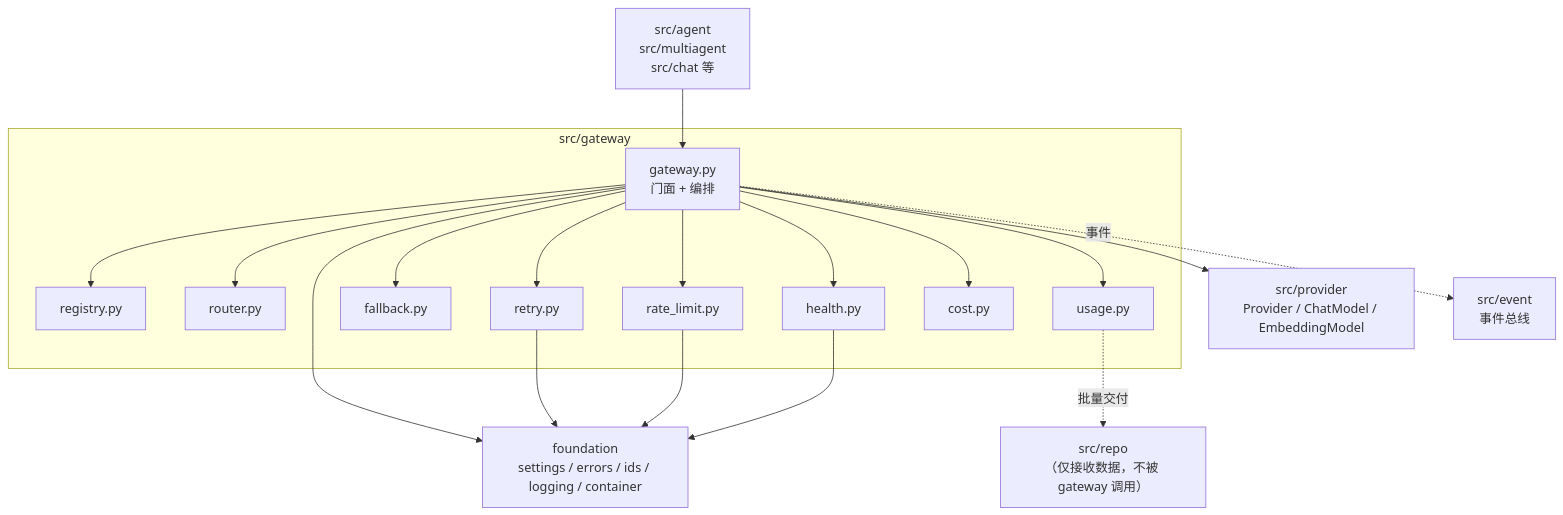
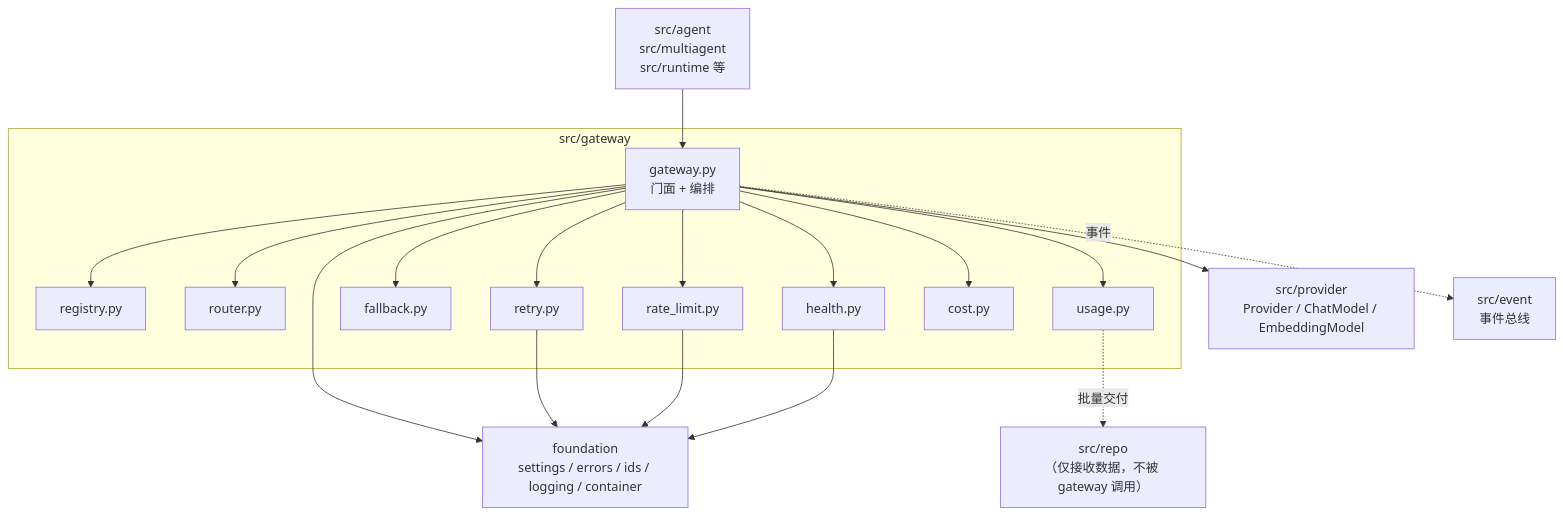
The first of 3 diagrams in docs/gateway/架构概要设计-gateway.md (xiaokun715/BesaAgent), drawn with Mermaid before and after one commit. The commit also changed other lines of this file and 19 other files, not shown here.

````diff
--- a/docs/gateway/架构概要设计-gateway.md
+++ b/docs/gateway/架构概要设计-gateway.md
@@ -38,38 +38,38 @@
 ```mermaid
 flowchart TB
     subgraph GW["src/gateway"]
         G["gateway.py<br/>门面 + 编排"]
         R["registry.py"]
         RO["router.py"]
         RT["retry.py"]
         FB["fallback.py"]
         RL["rate_limit.py"]
         H["health.py"]
         U["usage.py"]
         CO["cost.py"]
     end
 
     P["src/provider<br/>Provider / ChatModel / EmbeddingModel"]
     EV["src/event<br/>事件总线"]
     F["foundation<br/>settings / errors / ids / logging / container"]
     RP["src/repo<br/>（仅接收数据，不被 gateway 调用）"]
-    UP["src/agent<br/>src/multiagent<br/>src/chat 等"]
+    UP["src/agent<br/>src/multiagent<br/>src/runtime 等"]
 
     G --> R
     G --> RO
     G --> RT
     G --> FB
     G --> RL
     G --> H
     G --> U
     G --> CO
     G --> P
     G -.事件.-> EV
     U -.批量交付.-> RP
     G --> F
     UP --> G
 
     RT --> F
     RL --> F
     H --> F
 ```
````
